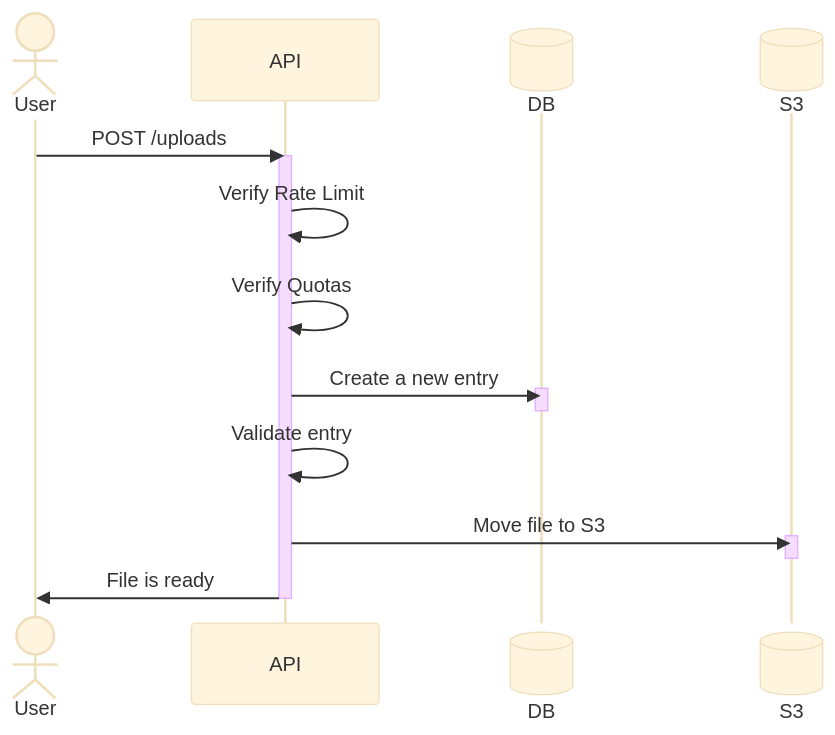
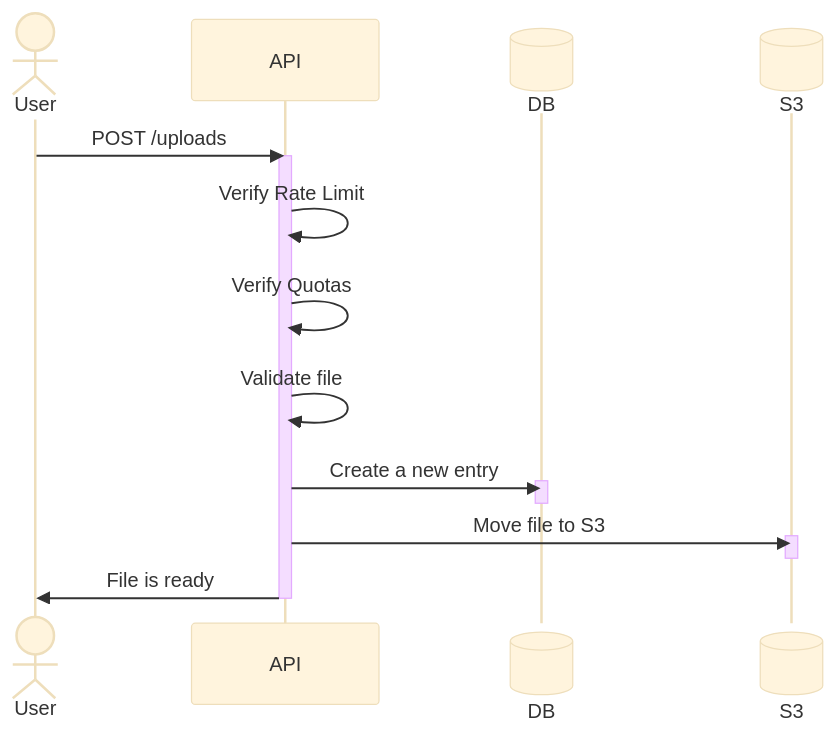
The first of 2 diagrams in ObjectStorage/Arch/arch.md (Raiders-io/Transcendence), drawn with Mermaid (base theme) before and after one commit. The commit also changed other lines of this file and 1 other file, not shown here.

````diff
--- a/ObjectStorage/Arch/arch.md
+++ b/ObjectStorage/Arch/arch.md
@@ -15,20 +15,20 @@
 ```mermaid
 sequenceDiagram
     actor User
     participant API_object as API
     participant DB@{ "type" : "database" }
     participant S3@{ "type" : "database" }
     User->>API_object: POST /uploads
     activate API_object
     API_object->>API_object: Verify Rate Limit
     API_object->>API_object: Verify Quotas
+    API_object->>API_object: Validate file
     API_object->>DB: Create a new entry
     activate DB
     deactivate DB
-    API_object->>API_object: Validate entry
     API_object->>S3: Move file to S3
     activate S3
     deactivate S3
     API_object->>User: File is ready
     deactivate API_object
 ```
````
